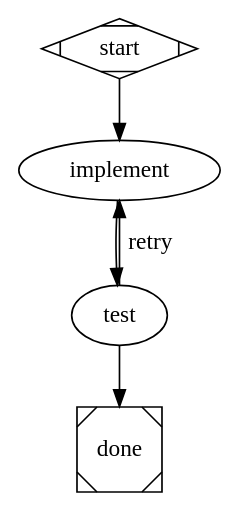
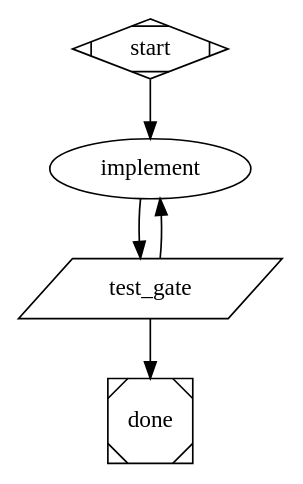
The fifth of 6 diagrams in context/dot-reference.md (microsoft/amplifier-bundle-attractor), drawn with Graphviz before and after one commit. The commit also changed other lines of this file and 3 other files, not shown here.

````diff
--- a/context/dot-reference.md
+++ b/context/dot-reference.md
@@ -113,11 +174,13 @@
 ```dot
 digraph {
     graph [goal="$goal"]
     start [shape=Mdiamond]; done [shape=Msquare]
-    implement [prompt="$goal", goal_gate=true, retry_target="implement", max_retries=3]
-    test [prompt="Run tests"]
-    start -> implement -> test
-    test -> done [condition="outcome=success"]
-    test -> implement [condition="outcome!=success", label="retry"]
+    implement [prompt="$goal.  If test_output.txt exists, read it -- it holds the last run's failures."]
+    test_gate [shape=parallelogram,
+               tool_command="pytest -q > test_output.txt 2>&1 && echo gate_pass || echo gate_fail",
+               goal_gate=true]
+    start -> implement -> test_gate
+    test_gate -> done      [condition="context.tool.last_line=gate_pass"]
+    test_gate -> implement [condition="context.tool.last_line=gate_fail", loop_restart="true"]
 }
 ```
````
